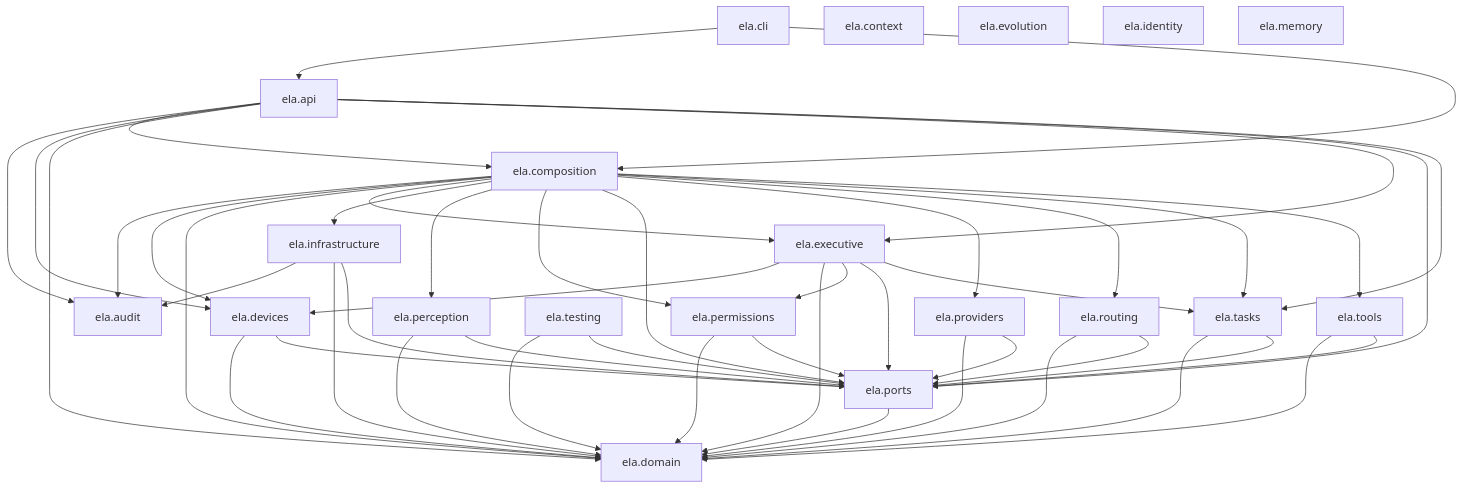
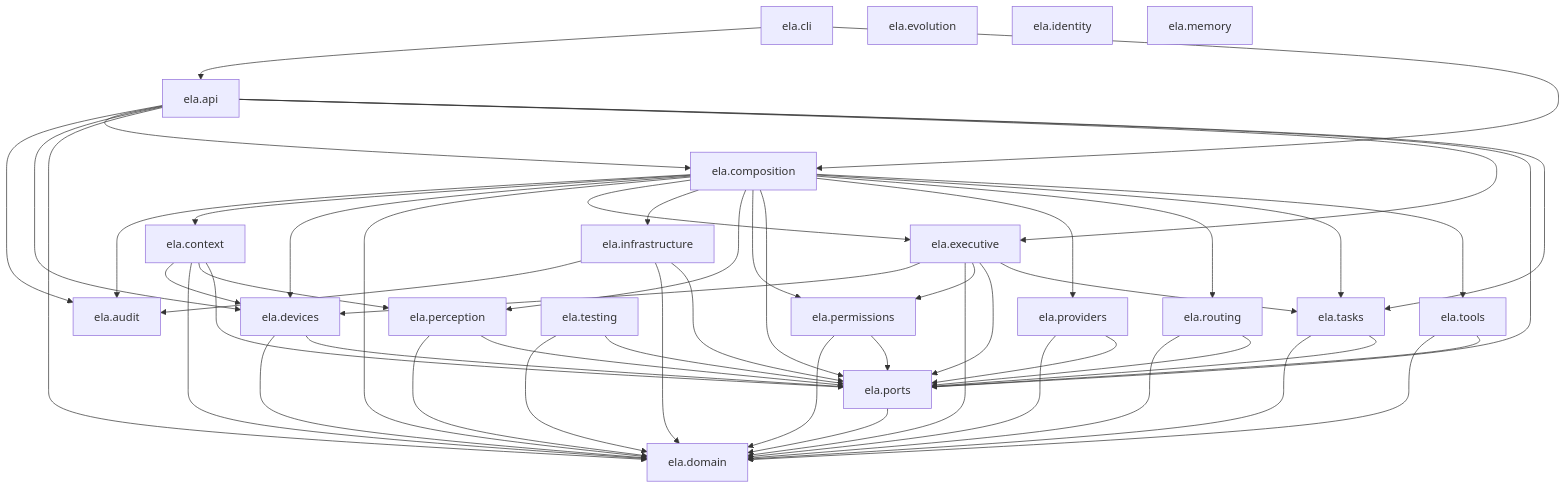
The first of 2 diagrams in docs/ARCHITECTURE.md (silvitommaso10-spec/ELA), drawn with Mermaid before and after one commit. The commit also changed 52 other files, not shown here.

````diff
--- a/docs/ARCHITECTURE.md
+++ b/docs/ARCHITECTURE.md
@@ -36,69 +36,74 @@
 ```mermaid
 graph TD
     api[ela.api]
     audit[ela.audit]
     cli[ela.cli]
     composition[ela.composition]
     context[ela.context]
     devices[ela.devices]
     domain[ela.domain]
     evolution[ela.evolution]
     executive[ela.executive]
     identity[ela.identity]
     infrastructure[ela.infrastructure]
     memory[ela.memory]
     perception[ela.perception]
     permissions[ela.permissions]
     ports[ela.ports]
     providers[ela.providers]
     routing[ela.routing]
     tasks[ela.tasks]
     testing[ela.testing]
     tools[ela.tools]
     api --> audit
     api --> composition
     api --> devices
     api --> domain
     api --> executive
     api --> ports
     api --> tasks
     cli --> api
     cli --> composition
     composition --> audit
+    composition --> context
     composition --> devices
     composition --> domain
     composition --> executive
     composition --> infrastructure
     composition --> perception
     composition --> permissions
     composition --> ports
     composition --> providers
     composition --> routing
     composition --> tasks
     composition --> tools
+    context --> devices
+    context --> domain
+    context --> perception
+    context --> ports
     devices --> domain
     devices --> ports
     executive --> devices
     executive --> domain
     executive --> permissions
     executive --> ports
     executive --> tasks
     infrastructure --> audit
     infrastructure --> domain
     infrastructure --> ports
     perception --> domain
     perception --> ports
     permissions --> domain
     permissions --> ports
     ports --> domain
     providers --> domain
     providers --> ports
     routing --> domain
     routing --> ports
     tasks --> domain
     tasks --> ports
     testing --> domain
     testing --> ports
     tools --> domain
     tools --> ports
 ```
````
